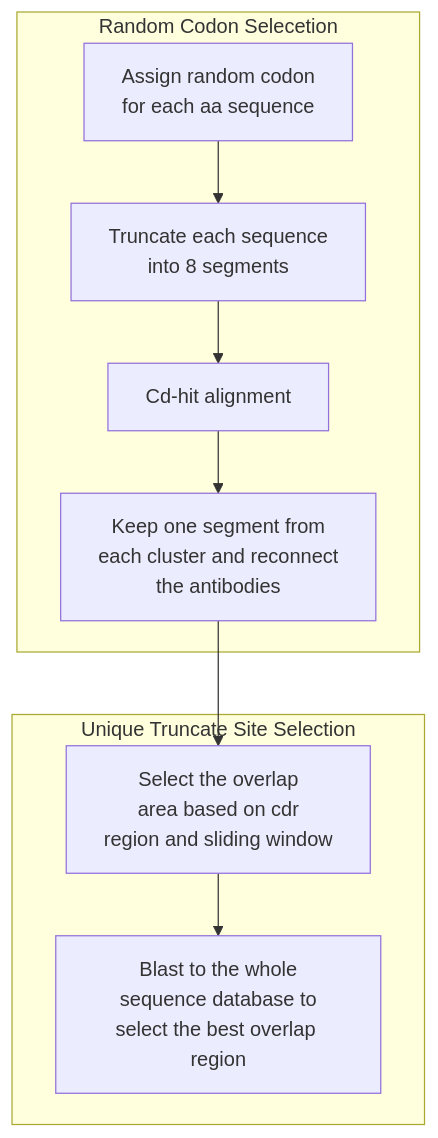
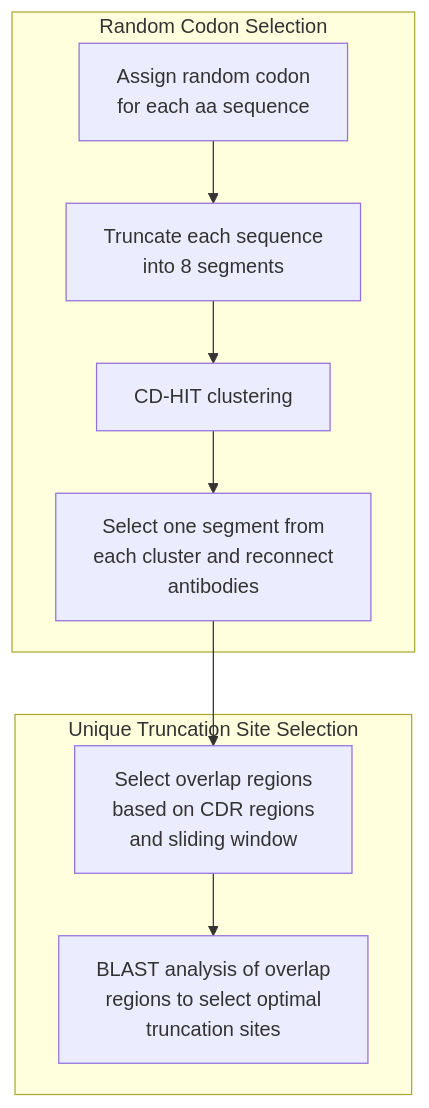
Before and after one commit to nicwulab/oPool_display: the diagram in oPool_design/README.md, drawn with Mermaid. The commit also changed other lines of this file, not shown here.

````diff
--- a/oPool_design/README.md
+++ b/oPool_design/README.md
@@ -263,16 +309,16 @@
 ```mermaid
 flowchart TD
     st[Assign random codon<br>for each aa sequence]
     step1[Truncate each sequence<br>into 8 segments]
-    step2[Cd-hit alignment]
-    step3[Keep one segment from<br>each cluster and reconnect<br>the antibodies]
-    step4[Select the overlap<br>area based on cdr<br>region and sliding window]
-    e[Blast to the whole<br>sequence database to<br>select the best overlap region]
+    step2[CD-HIT clustering]
+    step3[Select one segment from<br>each cluster and reconnect<br>antibodies]
+    step4[Select overlap regions<br>based on CDR regions<br>and sliding window]
+    e[BLAST analysis of overlap<br>regions to select optimal<br>truncation sites]
 
-    subgraph one[Random Codon Selecetion]
+    subgraph one[Random Codon Selection]
     st-->step1-->step2-->step3
     end
-    subgraph two[Unique Truncate Site Selection]
+    subgraph two[Unique Truncation Site Selection]
     step3-->step4-->e
     end
 ```
````
